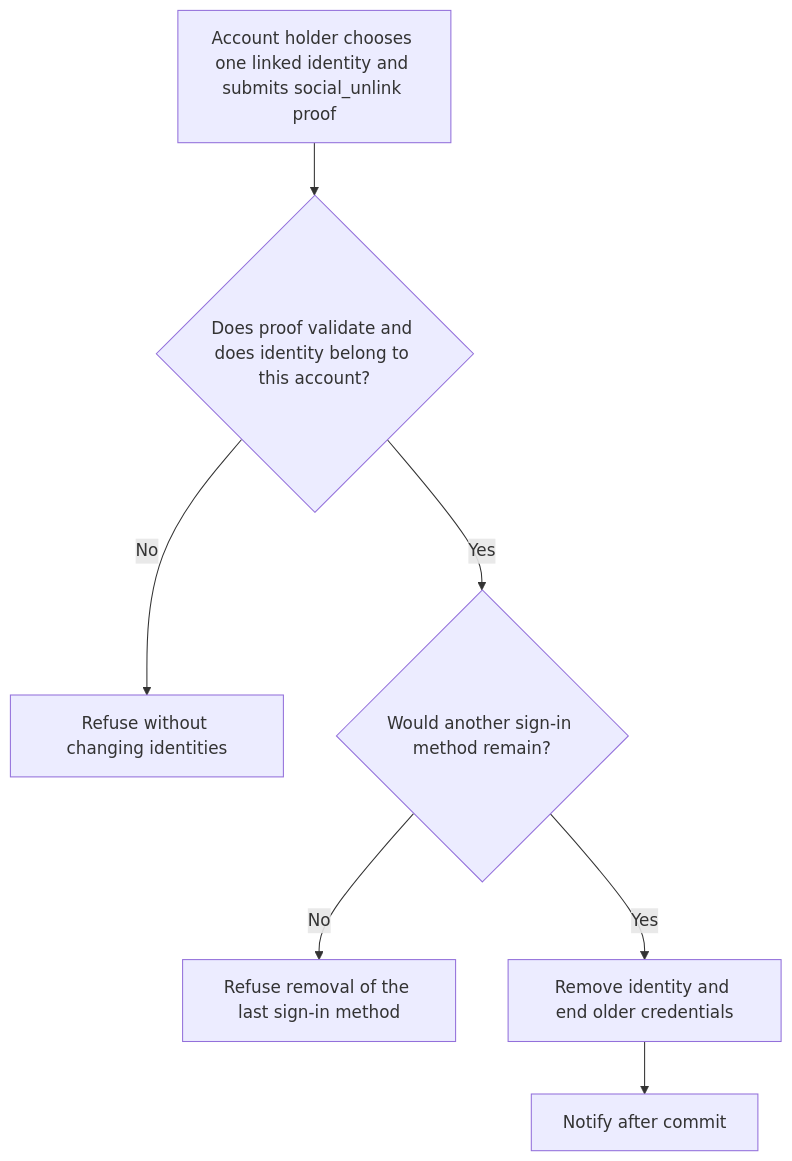
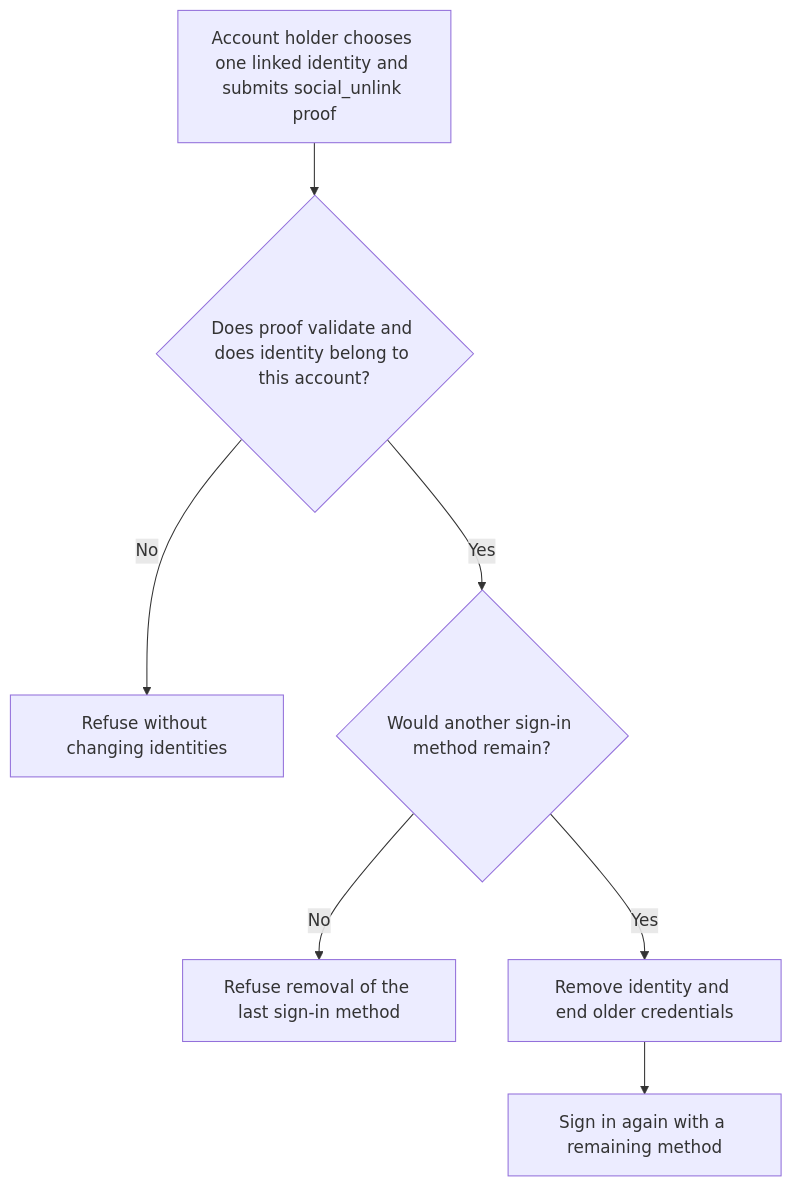
One commit to Kevinjohn/oss-adonisjs-account-kit changed the first of 2 diagrams in user-stories/US-ACCOUNT-22-unlink-social-identity.md. Above: the diagram before and after it, drawn with Mermaid. The commit also changed other lines of this file and 70 other files, not shown here.

````diff
--- a/user-stories/US-ACCOUNT-22-unlink-social-identity.md
+++ b/user-stories/US-ACCOUNT-22-unlink-social-identity.md
@@ -18,9 +20,9 @@
 ```mermaid
 flowchart TD
  A["Account holder chooses one linked identity and submits social_unlink proof"] --> B{"Does proof validate and does identity belong to this account?"}
  B -->|No| C["Refuse without changing identities"]
  B -->|Yes| D{"Would another sign-in method remain?"}
  D -->|No| E["Refuse removal of the last sign-in method"]
  D -->|Yes| F["Remove identity and end older credentials"]
- F --> G["Notify after commit"]
+ F --> G["Sign in again with a remaining method"]
 ```
````
